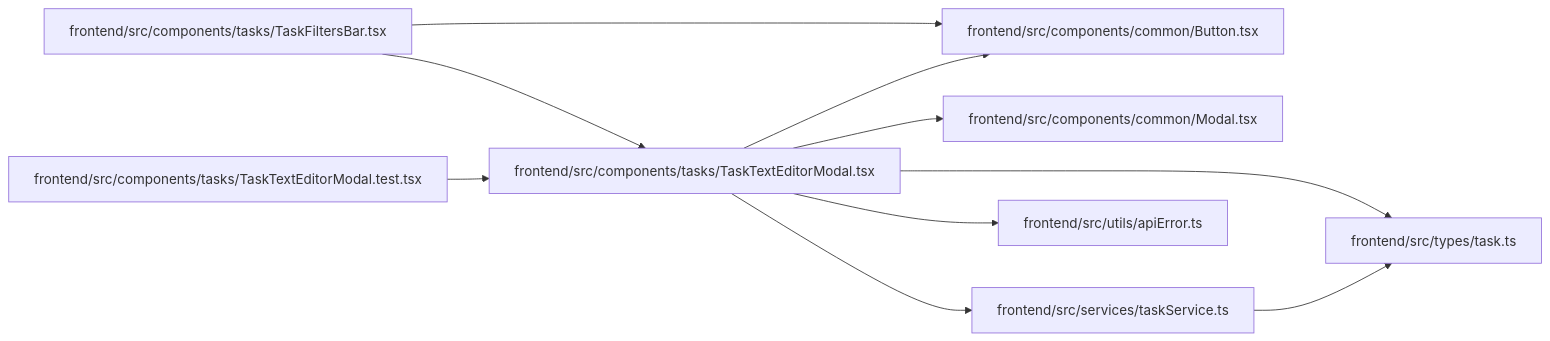
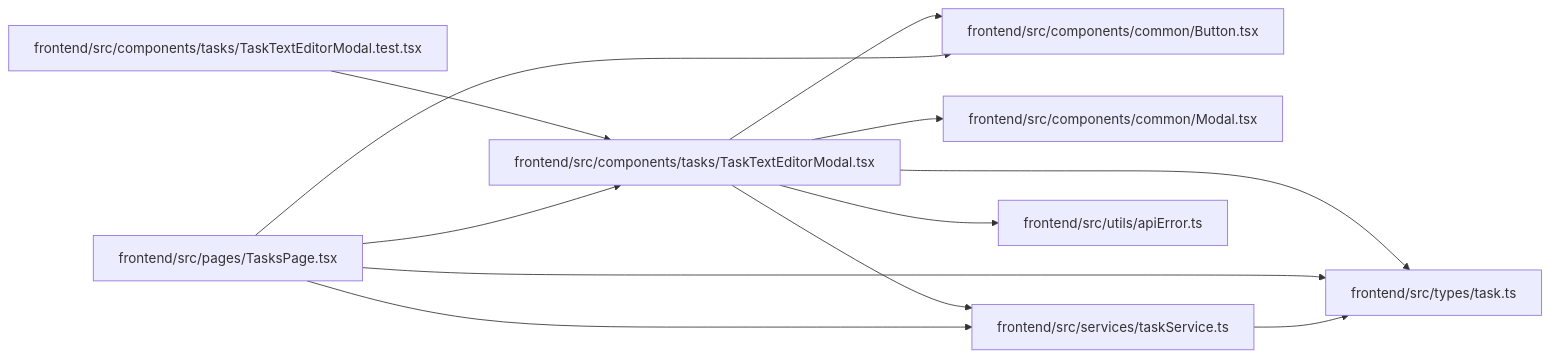
One commit to Denissvgn/WorkChord changed the diagram in docs/llm_wiki/modules/TaskTextEditorModal.md. Above: the diagram before and after it, drawn with Mermaid. The commit also changed other lines of this file and 2373 other files, not shown here.

````diff
--- a/docs/llm_wiki/modules/TaskTextEditorModal.md
+++ b/docs/llm_wiki/modules/TaskTextEditorModal.md
@@ -37,28 +37,30 @@
 ```mermaid
 flowchart LR
     n0["frontend/src/components/common/Button.tsx"]
     n1["frontend/src/components/common/Modal.tsx"]
-    n2["frontend/src/components/tasks/TaskFiltersBar.tsx"]
-    n3["frontend/src/components/tasks/TaskTextEditorModal.test.tsx"]
-    n4["frontend/src/components/tasks/TaskTextEditorModal.tsx"]
+    n2["frontend/src/components/tasks/TaskTextEditorModal.test.tsx"]
+    n3["frontend/src/components/tasks/TaskTextEditorModal.tsx"]
+    n4["frontend/src/pages/TasksPage.tsx"]
     n5["frontend/src/services/taskService.ts"]
     n6["frontend/src/types/task.ts"]
     n7["frontend/src/utils/apiError.ts"]
-    n2 --> n0
-    n2 --> n4
-    n3 --> n4
+    n2 --> n3
+    n3 --> n0
+    n3 --> n1
+    n3 --> n5
+    n3 --> n6
+    n3 --> n7
     n4 --> n0
-    n4 --> n1
+    n4 --> n3
     n4 --> n5
     n4 --> n6
-    n4 --> n7
     n5 --> n6
     click n0 "../modules/Button.md"
     click n1 "../modules/Modal.md"
-    click n2 "../modules/TaskFiltersBar.md"
-    click n3 "../modules/TaskTextEditorModal.test.md"
-    click n4 "../modules/TaskTextEditorModal.md"
+    click n2 "../modules/TaskTextEditorModal.test.md"
+    click n3 "../modules/TaskTextEditorModal.md"
+    click n4 "../modules/TasksPage.md"
     click n5 "../modules/taskService.md"
     click n6 "../modules/types_task.md"
     click n7 "../modules/apiError.md"
 ```
````
